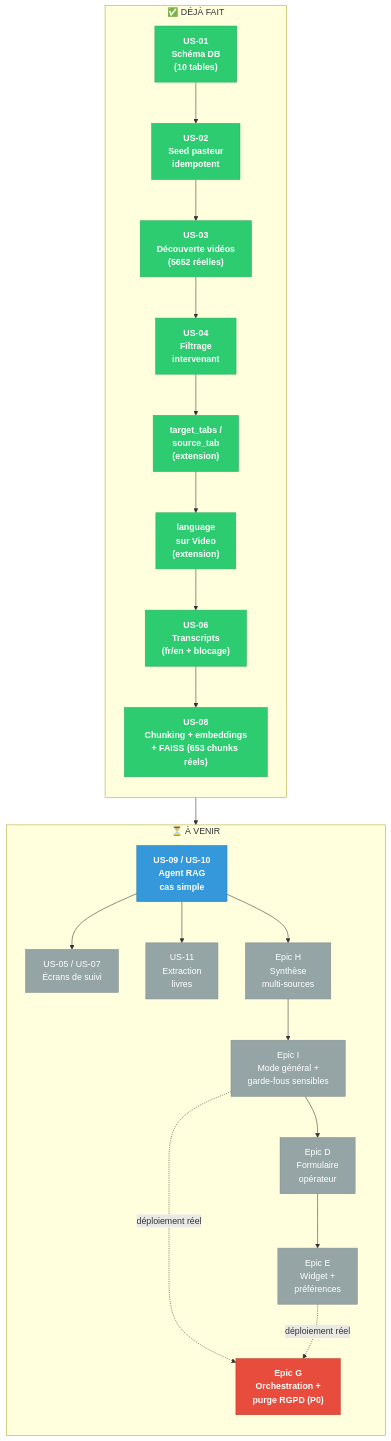
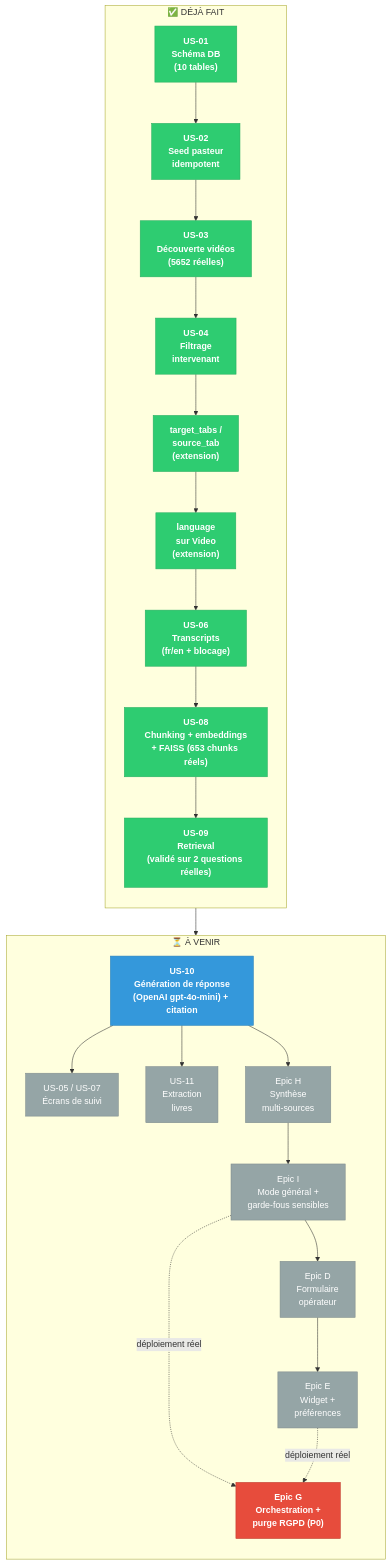
Before and after one commit to Indsyra/epastor: the diagram in docs/roadmap/chronological.mermaid, drawn with Mermaid. The commit also changed 1 other file, not shown here.

Commit message:
Update roadmap diagrams to reflect changes in US-09 and US-10 descriptions

```diff
--- a/docs/roadmap/chronological.mermaid
+++ b/docs/roadmap/chronological.mermaid
@@ -1,46 +1,47 @@
 flowchart TD
     subgraph FAIT["✅ DÉJÀ FAIT"]
         direction TB
         US01["US-01<br/>Schéma DB<br/>(10 tables)"]
         US02["US-02<br/>Seed pasteur<br/>idempotent"]
         US03["US-03<br/>Découverte vidéos<br/>(5652 réelles)"]
         US04["US-04<br/>Filtrage<br/>intervenant"]
         EXT1["target_tabs /<br/>source_tab<br/>(extension)"]
         EXT2["language<br/>sur Video<br/>(extension)"]
         US06["US-06<br/>Transcripts<br/>(fr/en + blocage)"]
         US08["US-08<br/>Chunking + embeddings<br/>+ FAISS (653 chunks réels)"]
+        US09["US-09<br/>Retrieval<br/>(validé sur 2 questions réelles)"]
     end
 
-    US01 --> US02 --> US03 --> US04 --> EXT1 --> EXT2 --> US06 --> US08
+    US01 --> US02 --> US03 --> US04 --> EXT1 --> EXT2 --> US06 --> US08 --> US09
 
     subgraph AVENIR["⏳ À VENIR"]
         direction TB
-        US0910["US-09 / US-10<br/>Agent RAG<br/>cas simple"]
+        US10["US-10<br/>Génération de réponse<br/>(OpenAI gpt-4o-mini) + citation"]
         US0507["US-05 / US-07<br/>Écrans de suivi"]
         US11["US-11<br/>Extraction<br/>livres"]
         EPICH["Epic H<br/>Synthèse<br/>multi-sources"]
         EPICI["Epic I<br/>Mode général +<br/>garde-fous sensibles"]
         EPICD["Epic D<br/>Formulaire<br/>opérateur"]
         EPICE["Epic E<br/>Widget +<br/>préférences"]
         EPICG["Epic G<br/>Orchestration +<br/>purge RGPD (P0)"]
     end
 
-    US08 --> US0910
-    US0910 --> US0507
-    US0910 --> US11
-    US0910 --> EPICH
+    US09 --> US10
+    US10 --> US0507
+    US10 --> US11
+    US10 --> EPICH
     EPICH --> EPICI
     EPICI --> EPICD
     EPICD --> EPICE
     EPICI -.déploiement réel.-> EPICG
     EPICE -.déploiement réel.-> EPICG
 
     classDef done fill:#2ecc71,stroke:#27ae60,color:#fff,font-weight:bold
     classDef next fill:#3498db,stroke:#2980b9,color:#fff,font-weight:bold
     classDef pending fill:#95a5a6,stroke:#7f8c8d,color:#fff
     classDef critical fill:#e74c3c,stroke:#c0392b,color:#fff,font-weight:bold
 
-    class US01,US02,US03,US04,EXT1,EXT2,US06,US08 done
-    class US0910 next
+    class US01,US02,US03,US04,EXT1,EXT2,US06,US08,US09 done
+    class US10 next
     class US0507,US11,EPICH,EPICI,EPICD,EPICE pending
     class EPICG critical
```
